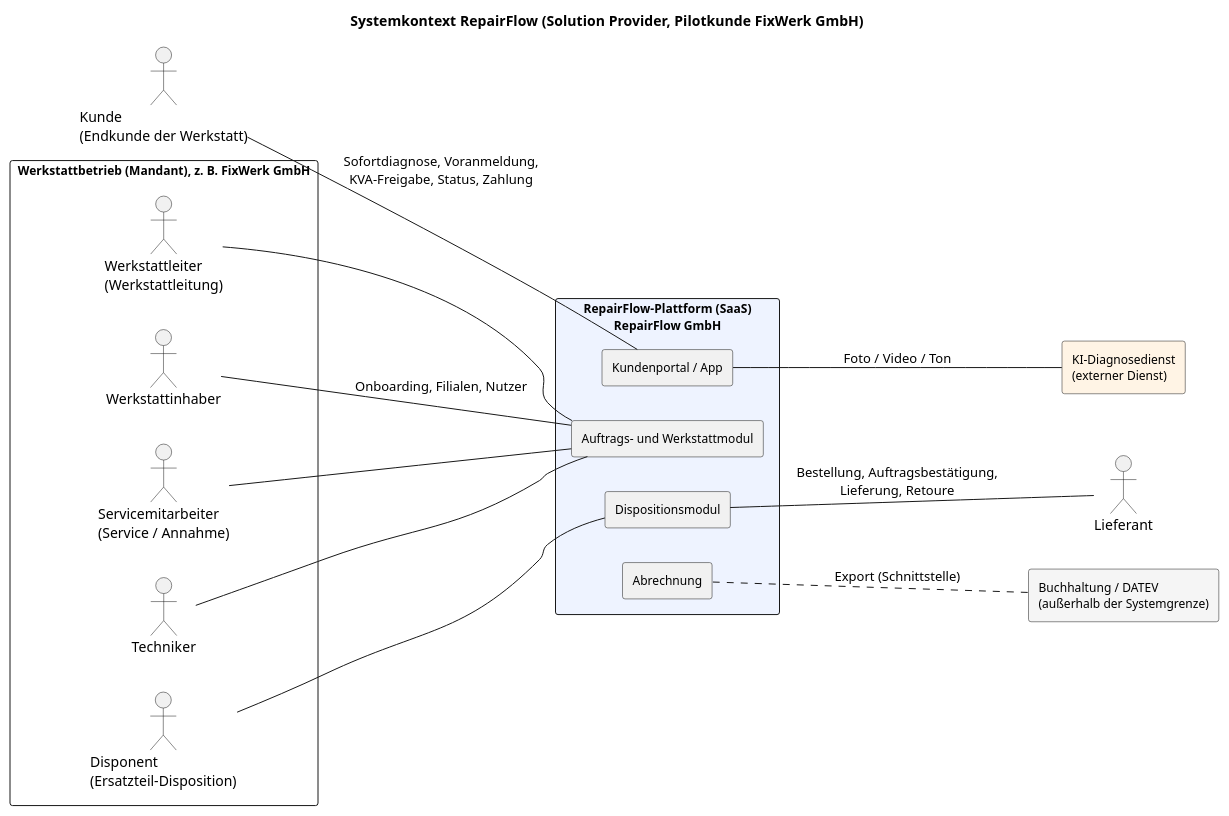
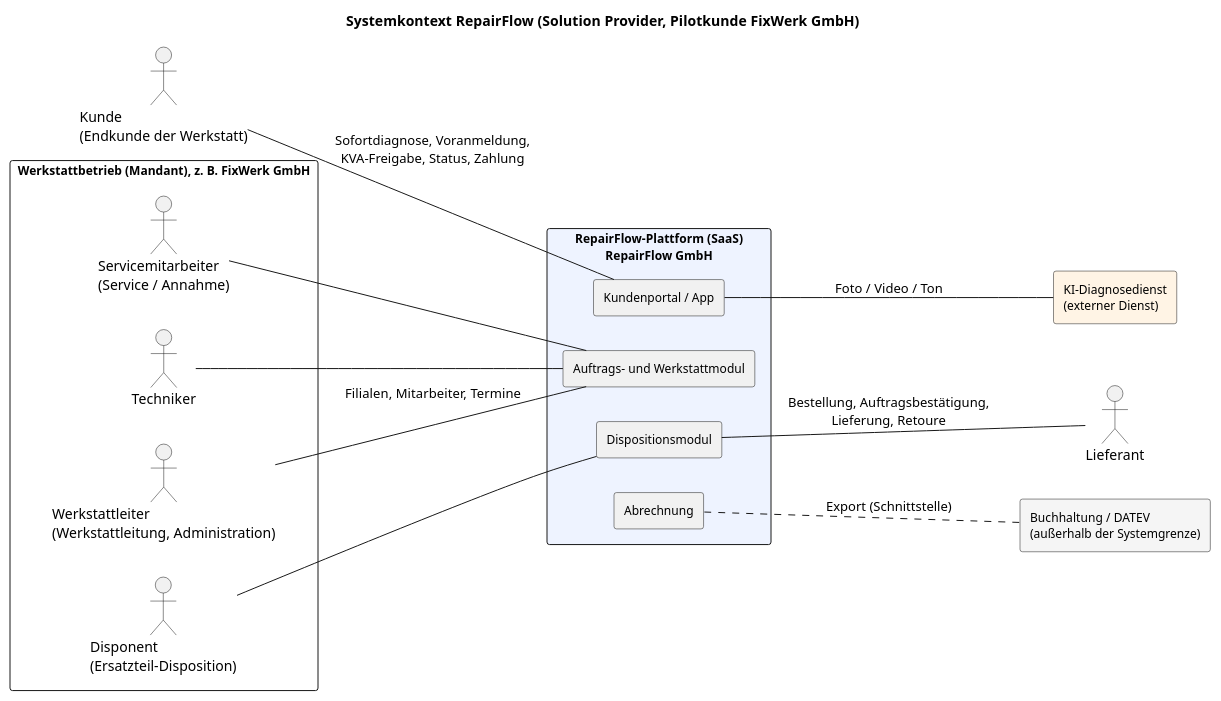
The diagram in 3_doku/systemkontext/systemkontext.puml (jakobschwan123-cmd/casestudy-semester-3), drawn with PlantUML before and after one commit. The commit also changed 12 other files, not shown here.

```diff
--- a/3_doku/systemkontext/systemkontext.puml
+++ b/3_doku/systemkontext/systemkontext.puml
@@ -1,32 +1,30 @@
 @startuml
 title Systemkontext RepairFlow (Solution Provider, Pilotkunde FixWerk GmbH)
 skinparam defaultFontName Arial
 skinparam rectangleFontSize 12
 left to right direction
 actor "Kunde\n(Endkunde der Werkstatt)" as Kunde
 actor "Lieferant" as Lieferant
 rectangle "Werkstattbetrieb (Mandant), z. B. FixWerk GmbH" as WB {
   actor "Servicemitarbeiter\n(Service / Annahme)" as Service
   actor "Techniker" as Techniker
-  actor "Werkstattleiter\n(Werkstattleitung)" as Leitung
+  actor "Werkstattleiter\n(Werkstattleitung, Administration)" as Leitung
   actor "Disponent\n(Ersatzteil-Disposition)" as Dispo
-  actor "Werkstattinhaber" as Inhaber
 }
 rectangle "RepairFlow-Plattform (SaaS)\nRepairFlow GmbH" as RF #EEF3FF {
   rectangle "Kundenportal / App" as App
   rectangle "Auftrags- und Werkstattmodul" as Auftrag
   rectangle "Dispositionsmodul" as DispoM
   rectangle "Abrechnung" as Abr
 }
 rectangle "KI-Diagnosedienst\n(externer Dienst)" as KI #FFF4E5
 rectangle "Buchhaltung / DATEV\n(außerhalb der Systemgrenze)" as DATEV #F5F5F5
 Kunde -- App : Sofortdiagnose, Voranmeldung,\nKVA-Freigabe, Status, Zahlung
 Service -- Auftrag
 Techniker -- Auftrag
-Leitung -- Auftrag
+Leitung -- Auftrag : Filialen, Mitarbeiter, Termine
 Dispo -- DispoM
-Inhaber -- Auftrag : Onboarding, Filialen, Nutzer
 App -- KI : Foto / Video / Ton
 DispoM -- Lieferant : Bestellung, Auftragsbestätigung,\nLieferung, Retoure
 Abr .. DATEV : Export (Schnittstelle)
 @enduml
```
